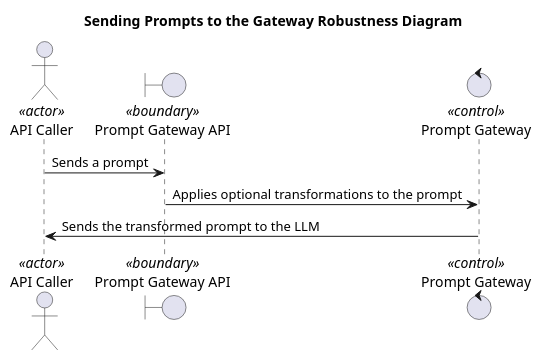
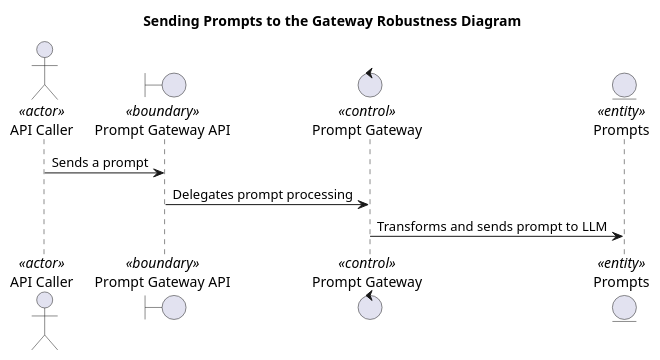
The second of 21 diagrams in Design_Document_Prompt_Gateway_RESTful_API_LLM.md (o2alexanderfedin/AI-demos), drawn with PlantUML before and after one commit. The commit also changed other lines of this file, not shown here.

````diff
--- a/Design_Document_Prompt_Gateway_RESTful_API_LLM.md
+++ b/Design_Document_Prompt_Gateway_RESTful_API_LLM.md
@@ -67,13 +91,14 @@
 ```plantuml
 @startuml
 title Sending Prompts to the Gateway Robustness Diagram
 
 actor "API Caller" as A <<actor>>
 boundary "Prompt Gateway API" as B <<boundary>>
 control "Prompt Gateway" as C <<control>>
+entity "Prompts" as D <<entity>>
 
 A -> B : Sends a prompt
-B -> C : Applies optional transformations to the prompt
-C -> A : Sends the transformed prompt to the LLM
+B -> C : Delegates prompt processing
+C -> D : Transforms and sends prompt to LLM
 @enduml
 ```
````
